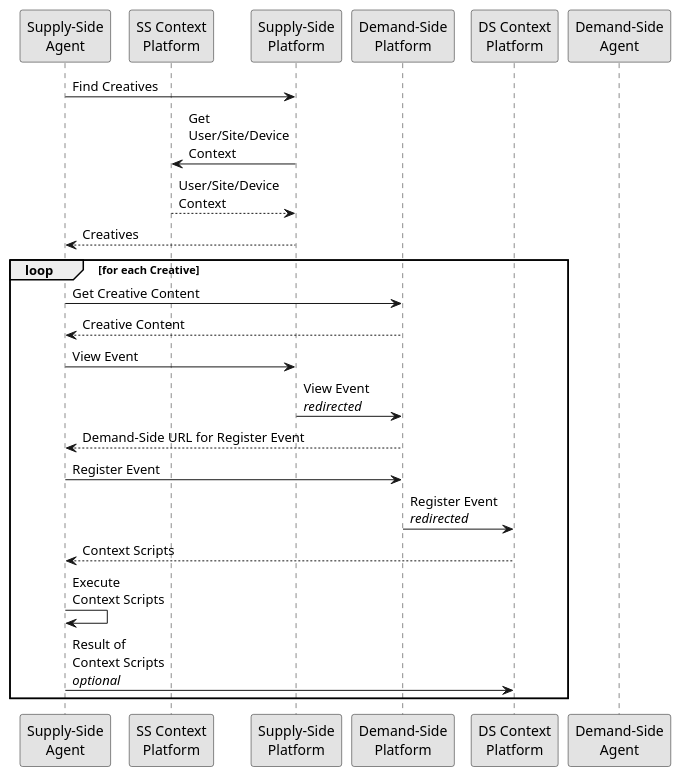
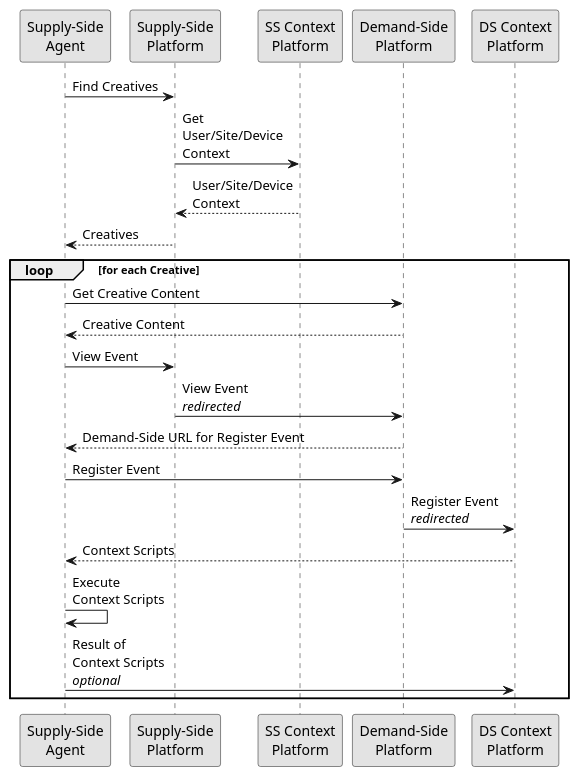
The diagram in protocol/impressions/user_browses.rst (adshares/adshares-docs), drawn with PlantUML before and after one commit. The commit also changed 8 other files, not shown here.

Commit message:
split payment diagrams

```diff
--- a/protocol/impressions/user_browses.rst
+++ b/protocol/impressions/user_browses.rst
@@ -6,29 +6,28 @@
 .. uml::
     :align: center
 
     skinparam monochrome true
 
     participant "Supply-Side\nAgent"       as SSA
+    participant "Supply-Side\nPlatform"    as SSP
     participant "SS Context\nPlatform"     as SSCP
-    participant "Supply-Side\nPlatform"    as SSP
     participant "Demand-Side\nPlatform"    as DSP
     participant "DS Context\nPlatform"     as DSCP
-    participant "Demand-Side\nAgent"       as DSA
 
     SSA -> SSP : Find Creatives
     SSP -> SSCP : Get\nUser/Site/Device\nContext
     SSCP --> SSP : User/Site/Device\nContext
     SSP --> SSA : Creatives
 
     loop for each Creative
         SSA -> DSP : Get Creative Content
         DSP --> SSA : Creative Content
         SSA -> SSP : View Event
         SSP -> DSP: View Event\n//redirected//
         DSP --> SSA: Demand-Side URL for Register Event
         SSA -> DSP : Register Event
         DSP -> DSCP: Register Event\n//redirected//
         DSCP --> SSA: Context Scripts
         SSA -> SSA: Execute\nContext Scripts
         SSA -> DSCP: Result of\nContext Scripts\n//optional//
     end
```
